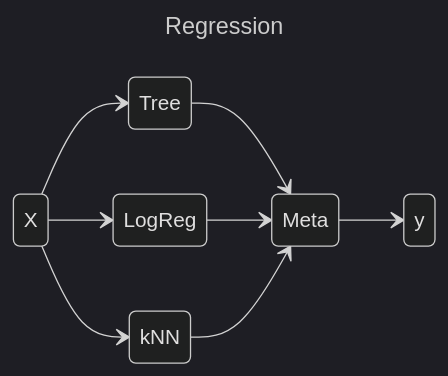
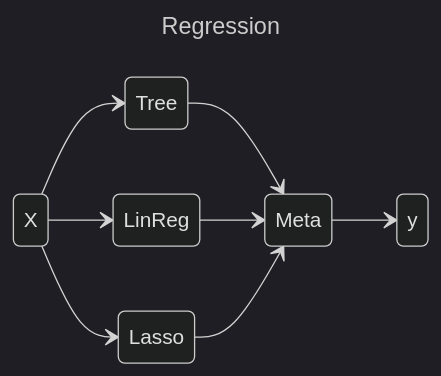
One commit to afonsky/ML-Lecture-8 changed the second of 2 diagrams in slides/5_model_stacking.md. Above: the diagram before and after it, drawn with Mermaid (dark theme).

Commit message:
Fix list of stacking models in mermaid diagram

````diff
--- a/slides/5_model_stacking.md
+++ b/slides/5_model_stacking.md
@@ -29,14 +29,14 @@
 ```mermaid
 ---
 title: Regression
 ---
 stateDiagram-v2
     direction LR
-    X --> LogReg
+    X --> LinReg
     X --> Tree
-    X --> kNN
+    X --> Lasso
     Tree --> Meta
-    LogReg --> Meta
-    kNN --> Meta
+    LinReg --> Meta
+    Lasso --> Meta
     Meta --> y
 ```
````
